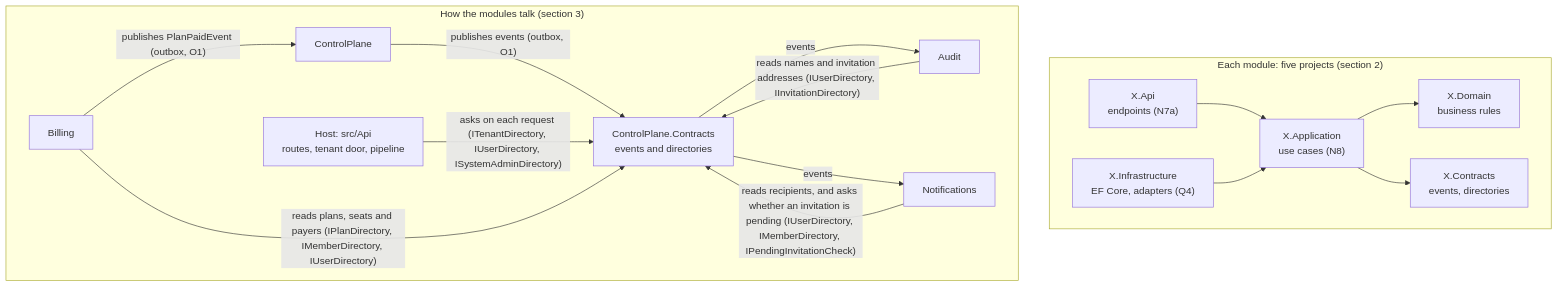
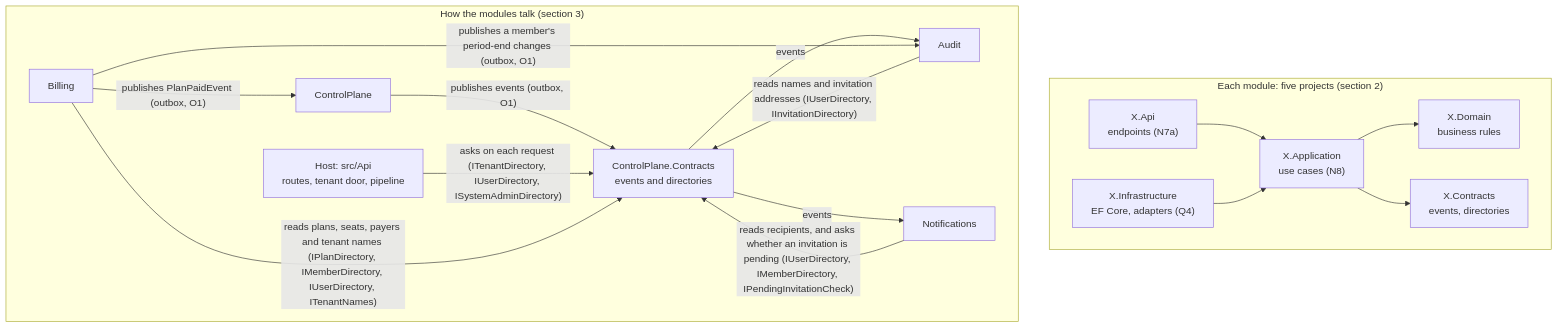
Before and after one commit to sufyant/multi-tenant-saas-starter: the diagram in apps/api/docs/ARCHITECTURE.md, drawn with Mermaid. The commit also changed other lines of this file and 3 other files, not shown here.

````diff
--- a/apps/api/docs/ARCHITECTURE.md
+++ b/apps/api/docs/ARCHITECTURE.md
@@ -13,27 +13,28 @@
 ```mermaid
 flowchart TB
   subgraph module["Each module: five projects (section 2)"]
     direction LR
     api["X.Api<br/>endpoints (N7a)"] --> app["X.Application<br/>use cases (N8)"]
     app --> domain["X.Domain<br/>business rules"]
     infra["X.Infrastructure<br/>EF Core, adapters (Q4)"] --> app
     app --> contracts["X.Contracts<br/>events, directories"]
   end
   subgraph modules["How the modules talk (section 3)"]
     direction LR
     host["Host: src/Api<br/>routes, tenant door, pipeline"]
     cp["ControlPlane"]
     cpc["ControlPlane.Contracts<br/>events and directories"]
     audit["Audit"]
     notify["Notifications"]
     billing["Billing"]
     cp -- "publishes events (outbox, O1)" --> cpc
     cpc -- "events" --> audit
     cpc -- "events" --> notify
     audit -- "reads names and invitation addresses (IUserDirectory, IInvitationDirectory)" --> cpc
     notify -- "reads recipients, and asks whether an invitation is pending (IUserDirectory, IMemberDirectory, IPendingInvitationCheck)" --> cpc
     host -- "asks on each request (ITenantDirectory, IUserDirectory, ISystemAdminDirectory)" --> cpc
-    billing -- "reads plans, seats and payers (IPlanDirectory, IMemberDirectory, IUserDirectory)" --> cpc
+    billing -- "reads plans, seats, payers and tenant names (IPlanDirectory, IMemberDirectory, IUserDirectory, ITenantNames)" --> cpc
     billing -- "publishes PlanPaidEvent (outbox, O1)" --> cp
+    billing -- "publishes a member's period-end changes (outbox, O1)" --> audit
   end
 ```
````
